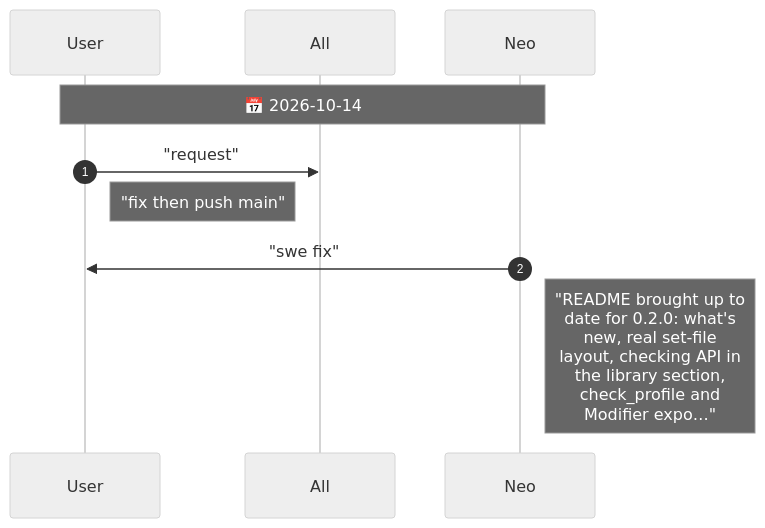
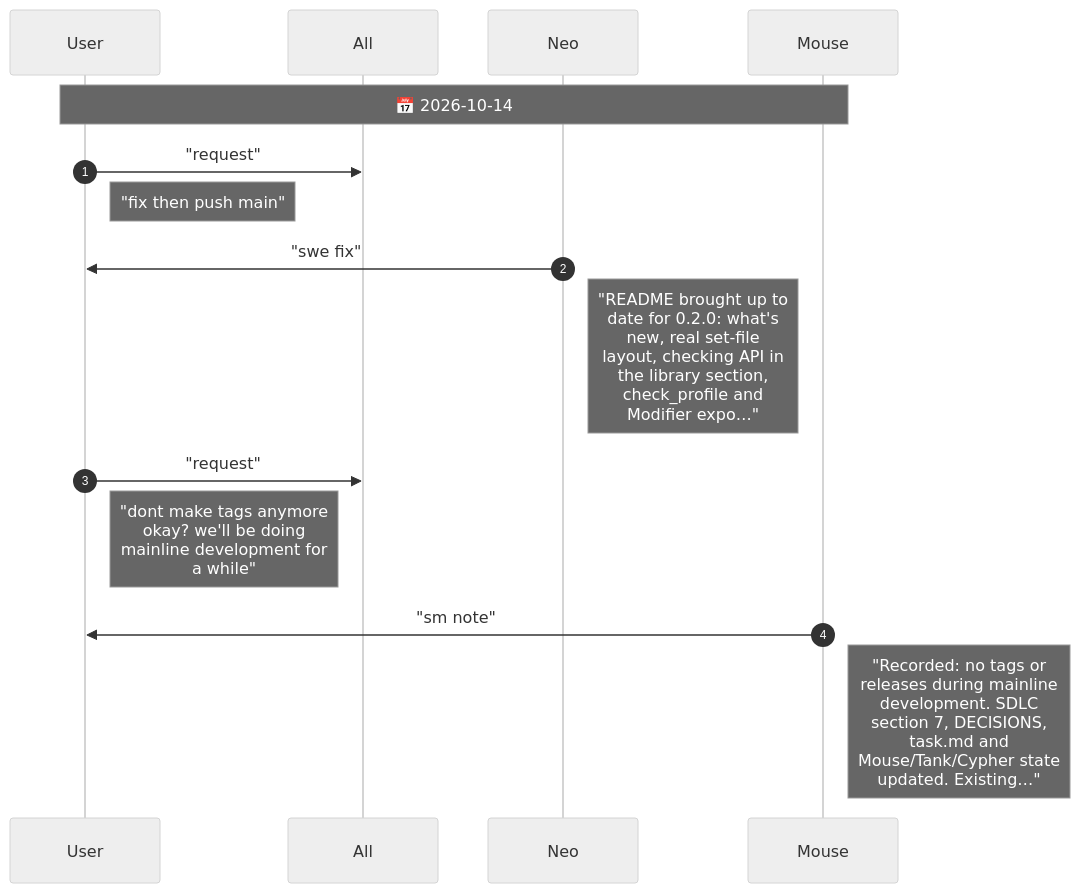
The diagram in agents/CHAT.diagram.md (drusifer/fingerling), drawn with Mermaid (neutral theme) before and after one commit. The commit also changed 7 other files, not shown here.

First line of the commit message:
docs(sdlc): suspend tags and releases for mainline development

````diff
--- a/agents/CHAT.diagram.md
+++ b/agents/CHAT.diagram.md
@@ -5,13 +5,18 @@
 ```mermaid
 %%{init: {"sequence": {"messageFontSize": 14, "noteFontSize": 18, "actorFontSize": 14}}}%%
 sequenceDiagram
     autonumber
     participant User
     participant All
     participant Neo
-    Note over User,Neo: 📅 2026-10-14
+    participant Mouse
+    Note over User,Mouse: 📅 2026-10-14
     User->>All: "request"
     Note right of User: "fix then push main"
     Neo->>User: "swe fix"
     Note right of Neo: "README brought up to<br/>date for 0.2.0: what's<br/>new, real set-file<br/>layout, checking API in<br/>the library section,<br/>check_profile and<br/>Modifier expo…"
+    User->>All: "request"
+    Note right of User: "dont make tags anymore<br/>okay? we'll be doing<br/>mainline development for<br/>a while"
+    Mouse->>User: "sm note"
+    Note right of Mouse: "Recorded: no tags or<br/>releases during mainline<br/>development. SDLC<br/>section 7, DECISIONS,<br/>task.md and<br/>Mouse/Tank/Cypher state<br/>updated. Existing…"
 ```
````
